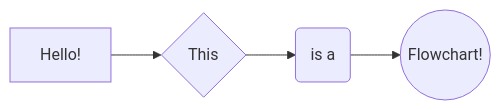
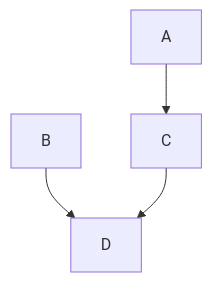
One commit to yk-liu/yk-liu.github.io changed the diagram in _posts/2019-03-26-Lifelong-Onject-Recognition-and-SLAM-Tasks.md. Above: the diagram before and after it, drawn with Mermaid.

````diff
--- a/_posts/2019-03-26-Lifelong-Onject-Recognition-and-SLAM-Tasks.md
+++ b/_posts/2019-03-26-Lifelong-Onject-Recognition-and-SLAM-Tasks.md
@@ -16,7 +16,6 @@
-```mermaid
-  graph LR;
-    
-  A[Hello!] --> B{This}
-  B --> C(is a)
-  C --> D((Flowchart!))
-```
+<div class="mermaid">
+graph TD;
+    A-->C;
+    B-->D;
+    C-->D;
+</div>
````
